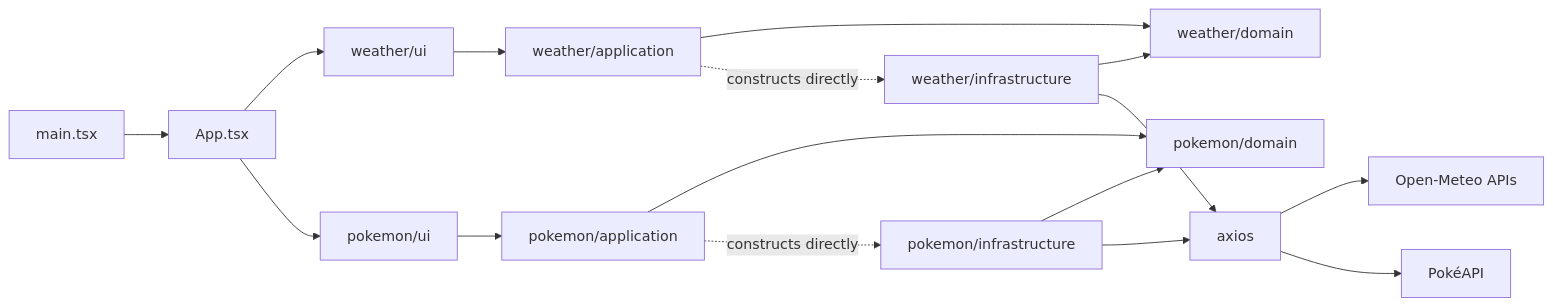
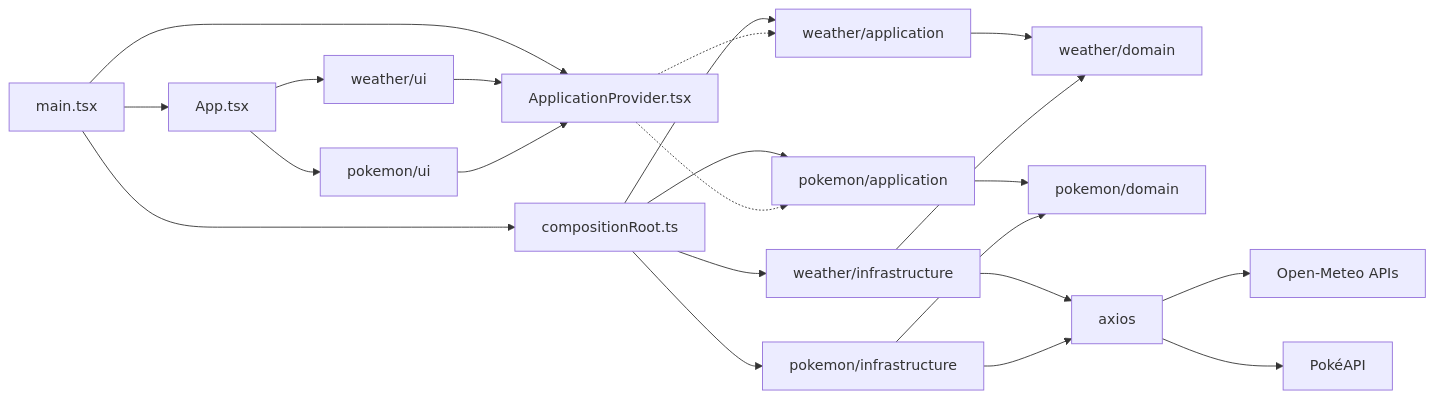
The diagram in docs/architecture.md (Mikode13/slop-lab), drawn with Mermaid before and after one commit. The commit also changed other lines of this file and 11 other files, not shown here.

First line of the commit message:
feat: wire use cases through factories and a composition root (#25)

````diff
--- a/docs/architecture.md
+++ b/docs/architecture.md
@@ -24,18 +24,24 @@
 ```mermaid
 flowchart LR
-    Main[main.tsx] --> App[App.tsx]
+    Main[main.tsx] --> Composition[compositionRoot.ts]
+    Main --> Provider[ApplicationProvider.tsx]
+    Main --> App[App.tsx]
+    Composition --> WeatherApp[weather/application]
+    Composition --> PokemonApp[pokemon/application]
+    Composition --> WeatherInfra[weather/infrastructure]
+    Composition --> PokemonInfra[pokemon/infrastructure]
     App --> WeatherUI[weather/ui]
     App --> PokemonUI[pokemon/ui]
-    WeatherUI --> WeatherApp[weather/application]
-    PokemonUI --> PokemonApp[pokemon/application]
+    WeatherUI --> Provider
+    PokemonUI --> Provider
+    Provider -.-> WeatherApp
+    Provider -.-> PokemonApp
     WeatherApp --> WeatherDomain[weather/domain]
     PokemonApp --> PokemonDomain[pokemon/domain]
-    WeatherApp -. constructs directly .-> WeatherInfra[weather/infrastructure]
-    PokemonApp -. constructs directly .-> PokemonInfra[pokemon/infrastructure]
     WeatherInfra --> WeatherDomain
     PokemonInfra --> PokemonDomain
     WeatherInfra --> Axios[axios]
     PokemonInfra --> Axios
     Axios --> OpenMeteo[Open-Meteo APIs]
     Axios --> PokeAPI[PokéAPI]
 ```
````
